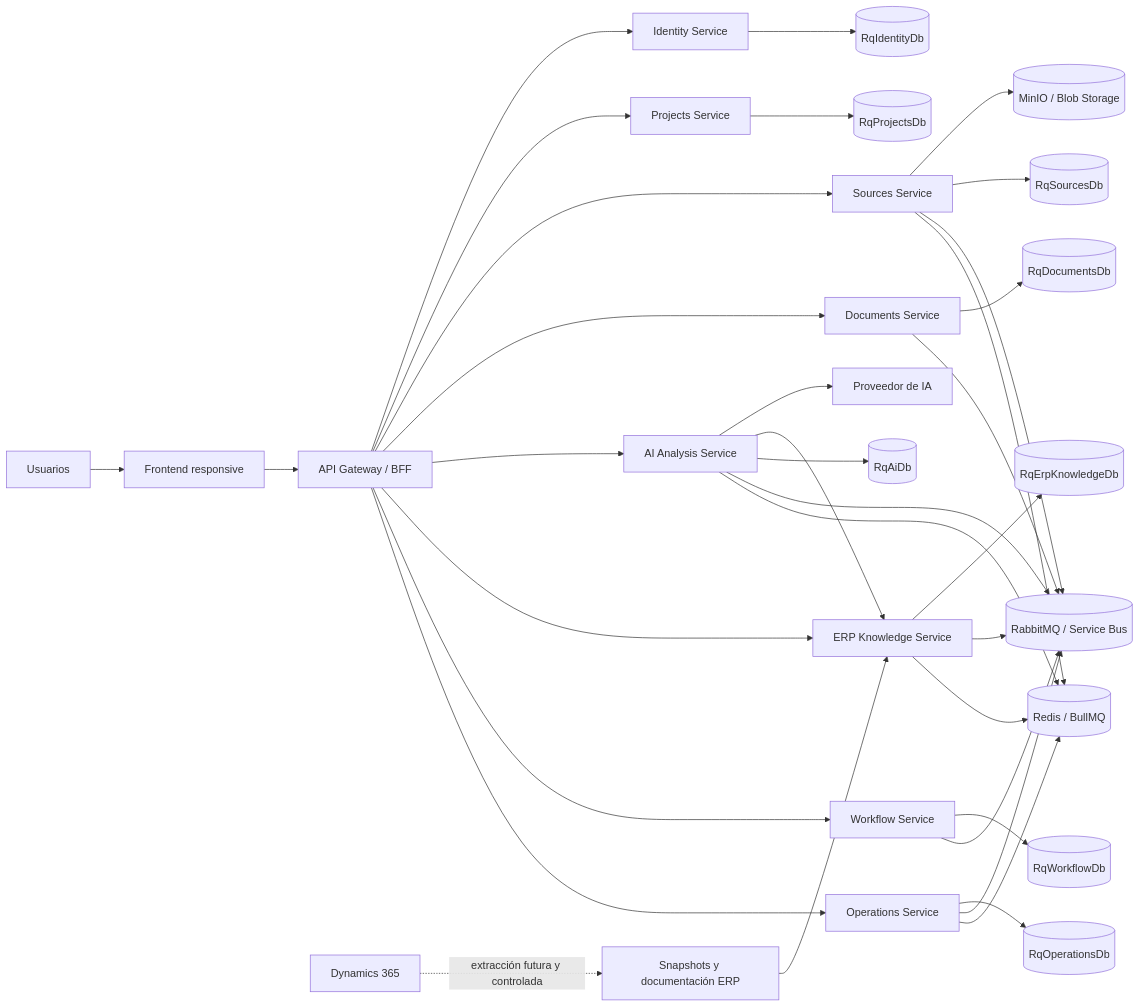
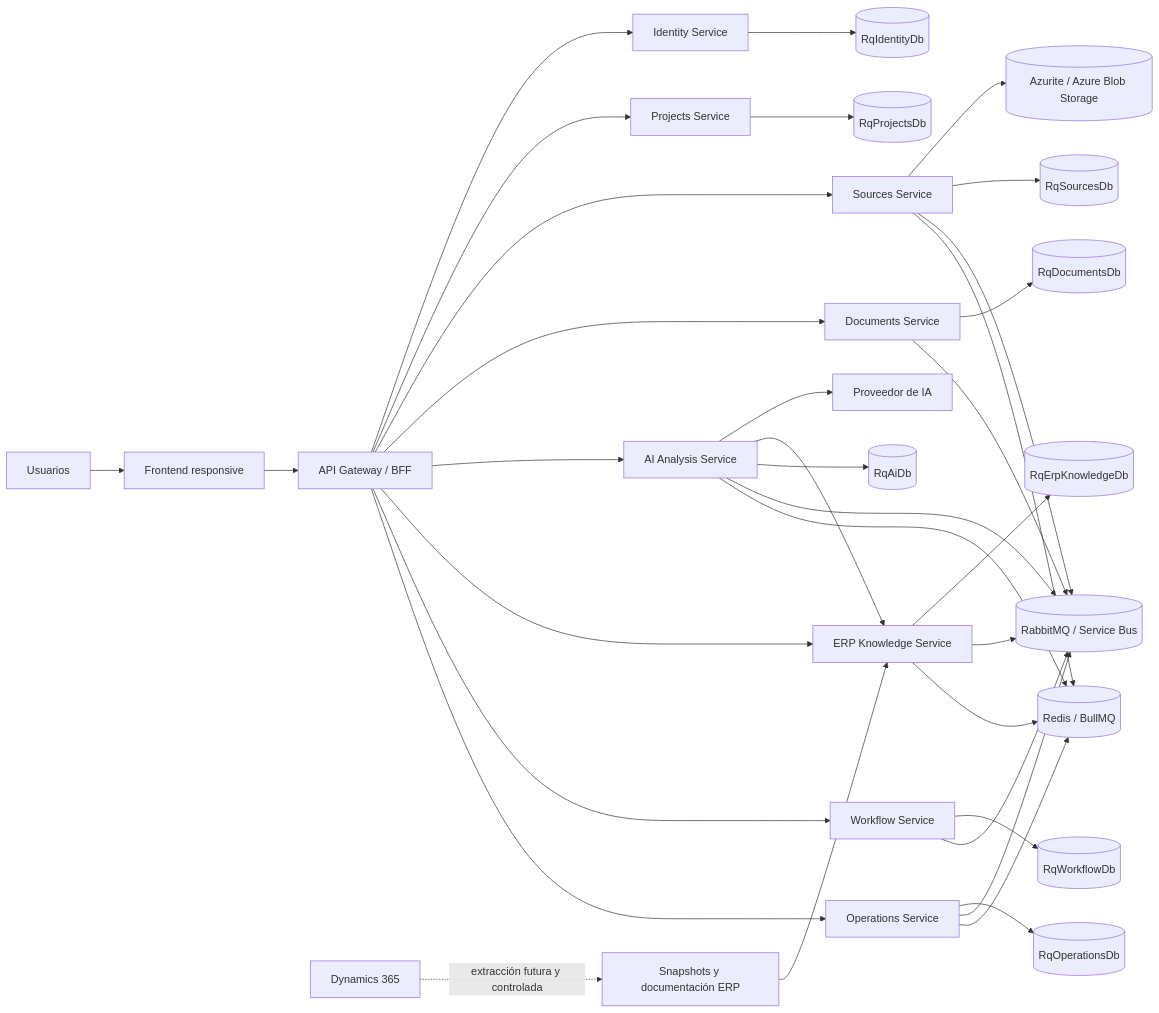
Before and after one commit to yeisonquintob/Levantamiento-RQ: the diagram in docs/architecture/system-context.md, drawn with Mermaid. The commit also changed 18 other files, not shown here.

````diff
--- a/docs/architecture/system-context.md
+++ b/docs/architecture/system-context.md
@@ -16,42 +16,42 @@
 ```mermaid
 flowchart LR
     U[Usuarios] --> W[Frontend responsive]
     W --> G[API Gateway / BFF]
 
     G --> I[Identity Service]
     G --> P[Projects Service]
     G --> S[Sources Service]
     G --> D[Documents Service]
     G --> A[AI Analysis Service]
     G --> E[ERP Knowledge Service]
     G --> F[Workflow Service]
     G --> O[Operations Service]
 
-    S --> B[(MinIO / Blob Storage)]
+    S --> B[(Azurite / Azure Blob Storage)]
     A --> AI[Proveedor de IA]
     A --> E
 
     K[Snapshots y documentación ERP] --> E
     DY[Dynamics 365] -. extracción futura y controlada .-> K
 
     I --> SQL1[(RqIdentityDb)]
     P --> SQL2[(RqProjectsDb)]
     S --> SQL3[(RqSourcesDb)]
     D --> SQL4[(RqDocumentsDb)]
     A --> SQL5[(RqAiDb)]
     E --> SQL6[(RqErpKnowledgeDb)]
     F --> SQL7[(RqWorkflowDb)]
     O --> SQL8[(RqOperationsDb)]
 
     S --> MQ[(RabbitMQ / Service Bus)]
     A --> MQ
     D --> MQ
     E --> MQ
     F --> MQ
     O --> MQ
 
     S --> R[(Redis / BullMQ)]
     A --> R
     E --> R
     O --> R
 ```
````
